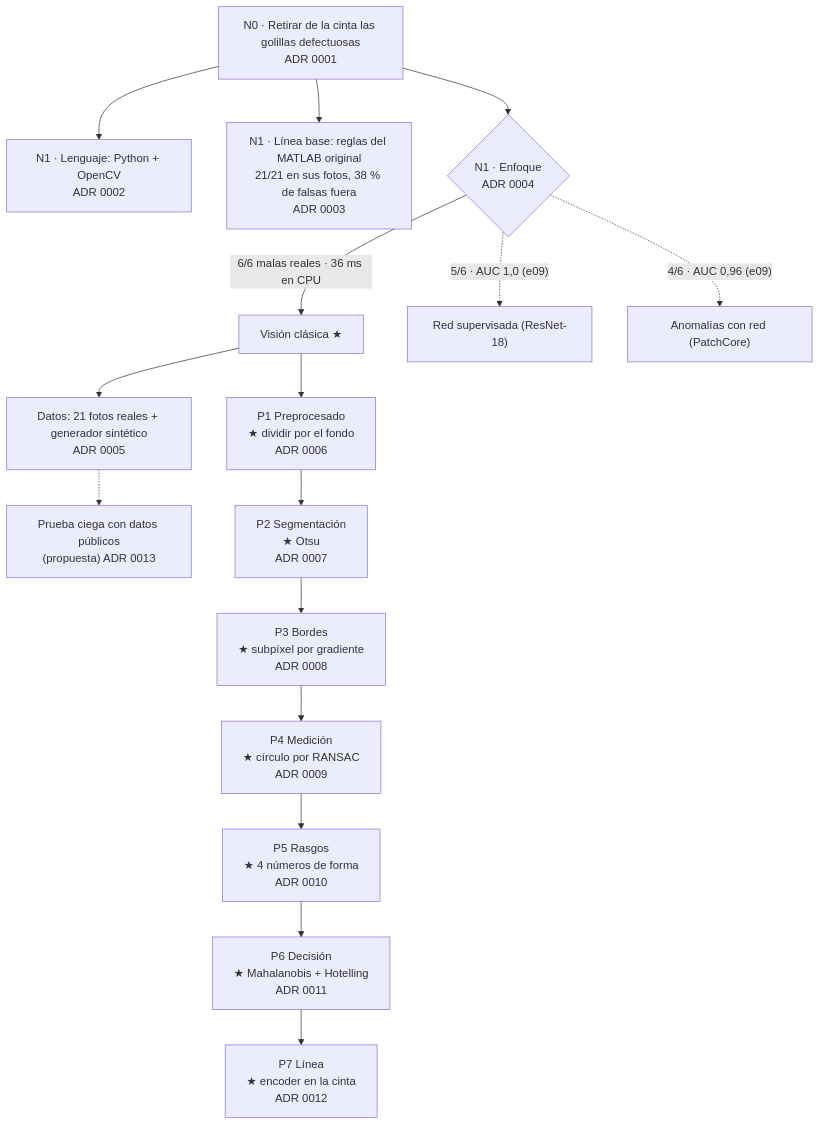
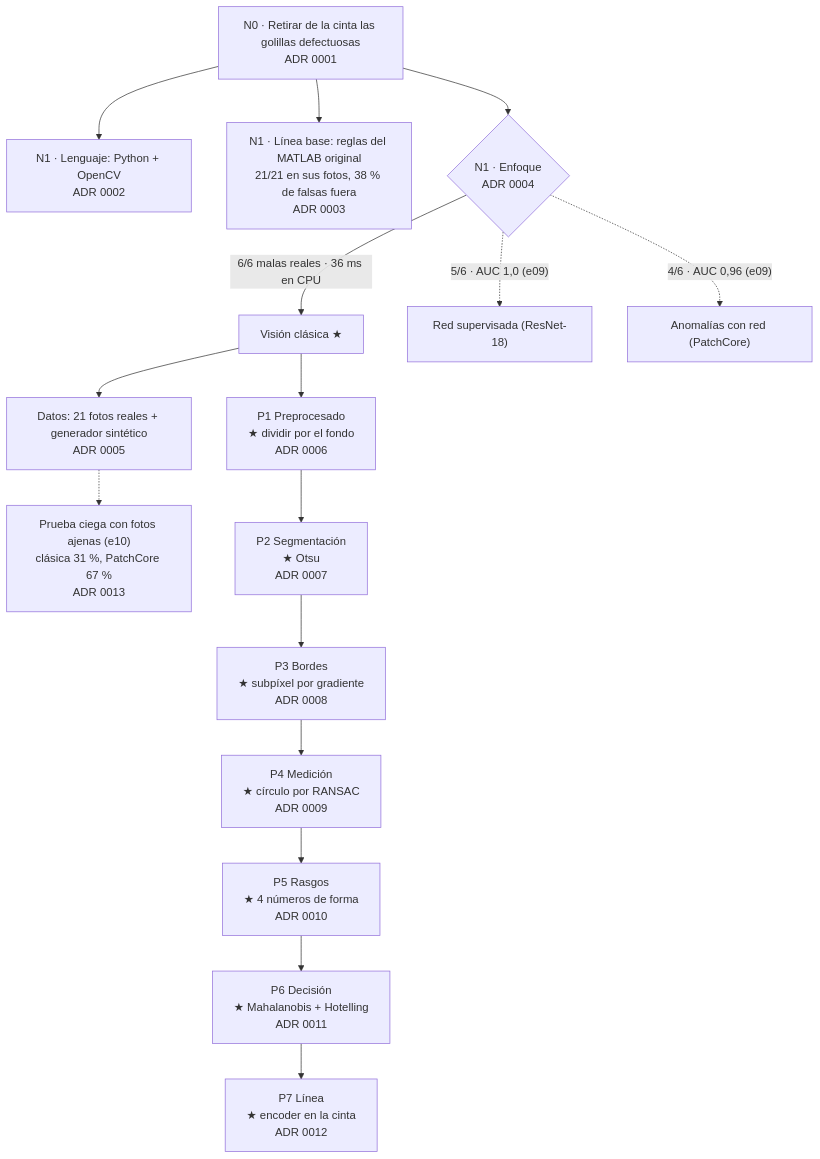
Before and after one commit to CarryMankeke/inspeccion-golillas: the diagram in docs/arbol.md, drawn with Mermaid. The commit also changed 15 other files, not shown here.

Commit message:
Prueba ciega (e10) con Edge Impulse: clásica 32/103 malas (AUC 0,75), PatchCore 69/103 (AUC 0,95); ADR 0004 en revisión, ADR 0013 aceptado; huellas de descarga fijadas; CSEM-MISD no sirve para aprobar/retirar

````diff
--- a/docs/arbol.md
+++ b/docs/arbol.md
@@ -12,19 +12,19 @@
 ```mermaid
 flowchart TD
     N0["N0 · Retirar de la cinta las golillas defectuosas<br/>ADR 0001"]
     N0 --> L["N1 · Lenguaje: Python + OpenCV<br/>ADR 0002"]
     N0 --> B["N1 · Línea base: reglas del MATLAB original<br/>21/21 en sus fotos, 38 % de falsas fuera<br/>ADR 0003"]
     N0 --> E{"N1 · Enfoque<br/>ADR 0004"}
     E -->|"6/6 malas reales · 36 ms en CPU"| C["Visión clásica ★"]
     E -.->|"5/6 · AUC 1,0 (e09)"| RS["Red supervisada (ResNet-18)"]
     E -.->|"4/6 · AUC 0,96 (e09)"| PC["Anomalías con red (PatchCore)"]
     C --> D["Datos: 21 fotos reales + generador sintético<br/>ADR 0005"]
-    D -.-> DP["Prueba ciega con datos públicos<br/>(propuesta) ADR 0013"]
+    D -.-> DP["Prueba ciega con fotos ajenas (e10)<br/>clásica 31 %, PatchCore 67 %<br/>ADR 0013"]
     C --> P1["P1 Preprocesado<br/>★ dividir por el fondo<br/>ADR 0006"]
     P1 --> P2["P2 Segmentación<br/>★ Otsu<br/>ADR 0007"]
     P2 --> P3["P3 Bordes<br/>★ subpíxel por gradiente<br/>ADR 0008"]
     P3 --> P4["P4 Medición<br/>★ círculo por RANSAC<br/>ADR 0009"]
     P4 --> P5["P5 Rasgos<br/>★ 4 números de forma<br/>ADR 0010"]
     P5 --> P6["P6 Decisión<br/>★ Mahalanobis + Hotelling<br/>ADR 0011"]
     P6 --> P7["P7 Línea<br/>★ encoder en la cinta<br/>ADR 0012"]
 ```
````
